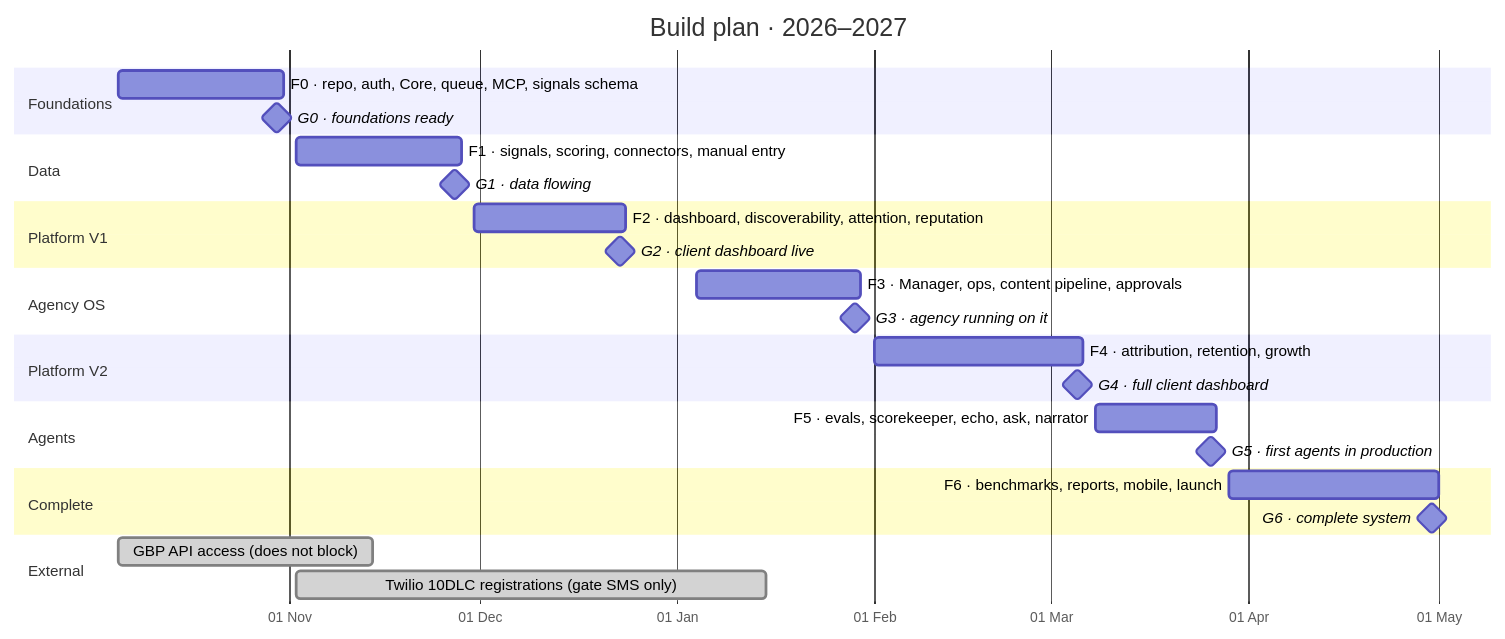
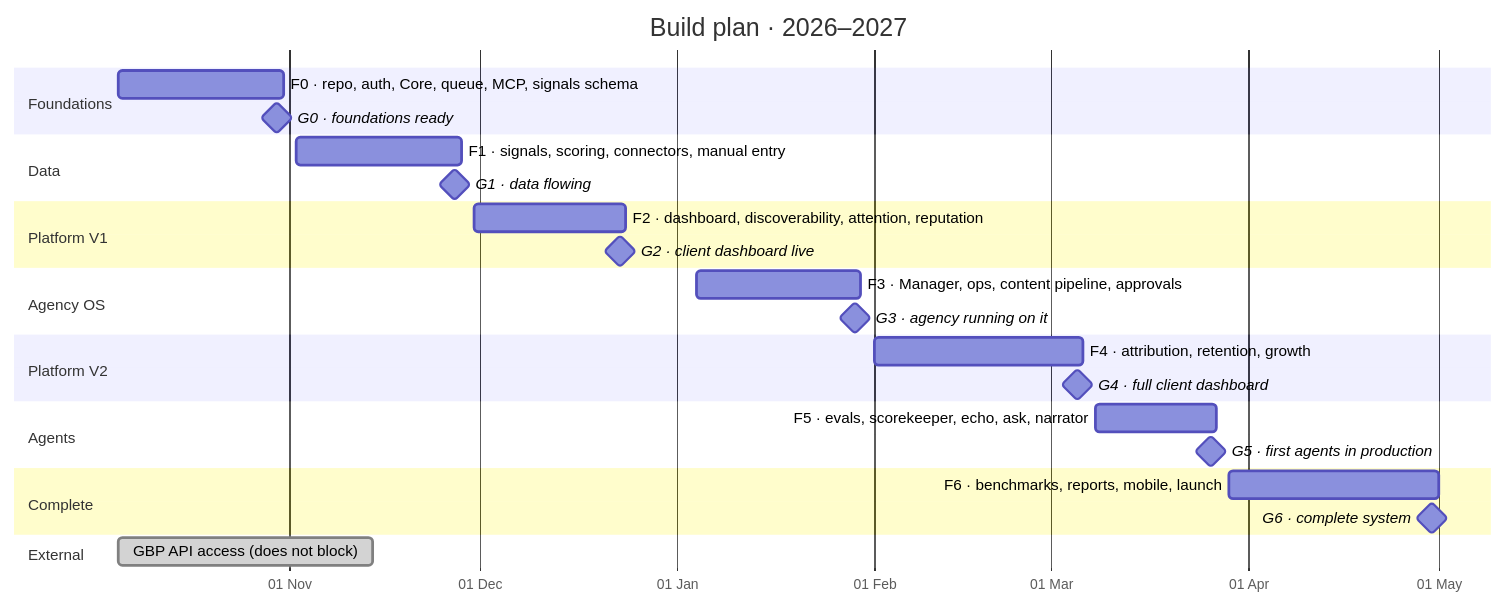
The diagram in docs/plan/index.md (atriumad/atrium.agent.docs), drawn with Mermaid before and after one commit. The commit also changed other lines of this file and 105 other files, not shown here.

First line of the commit message:
docs: sync content from the platform repo (loyalty, ADR 0019-0022, agents, architecture), keep the design system

````diff
--- a/docs/plan/index.md
+++ b/docs/plan/index.md
@@ -11,30 +11,29 @@
 ```mermaid
 gantt
   title Build plan · 2026–2027
   dateFormat YYYY-MM-DD
   axisFormat %d %b
   section Foundations
   F0 · repo, auth, Core, queue, MCP, signals schema  :f0, 2026-10-05, 2026-10-31
   G0 · foundations ready                              :milestone, g0, 2026-10-30, 0d
   section Data
   F1 · signals, scoring, connectors, manual entry     :f1, 2026-11-02, 2026-11-28
   G1 · data flowing                                   :milestone, g1, 2026-11-27, 0d
   section Platform V1
   F2 · dashboard, discoverability, attention, reputation :f2, 2026-11-30, 2026-12-24
   G2 · client dashboard live                          :milestone, g2, 2026-12-23, 0d
   section Agency OS
   F3 · Manager, ops, content pipeline, approvals      :f3, 2027-01-04, 2027-01-30
   G3 · agency running on it                           :milestone, g3, 2027-01-29, 0d
   section Platform V2
   F4 · attribution, retention, growth                 :f4, 2027-02-01, 2027-03-06
   G4 · full client dashboard                          :milestone, g4, 2027-03-05, 0d
   section Agents
   F5 · evals, scorekeeper, echo, ask, narrator        :f5, 2027-03-08, 2027-03-27
   G5 · first agents in production                     :milestone, g5, 2027-03-26, 0d
   section Complete
   F6 · benchmarks, reports, mobile, launch            :f6, 2027-03-29, 2027-05-01
   G6 · complete system                                :milestone, g6, 2027-04-30, 0d
   section External
   GBP API access (does not block)                     :done, ext, 2026-10-05, 2026-11-14
-  Twilio 10DLC registrations (gate SMS only)          :done, ext2, 2026-11-02, 2027-01-15
 ```
````
